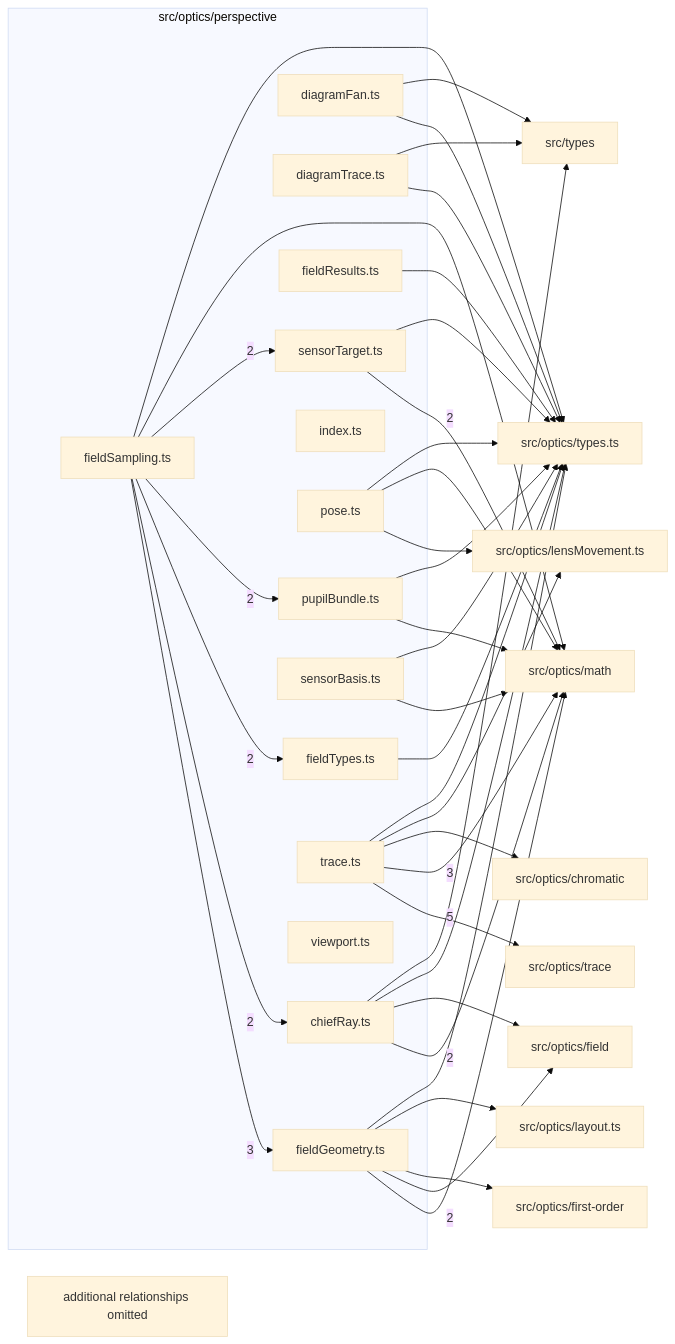
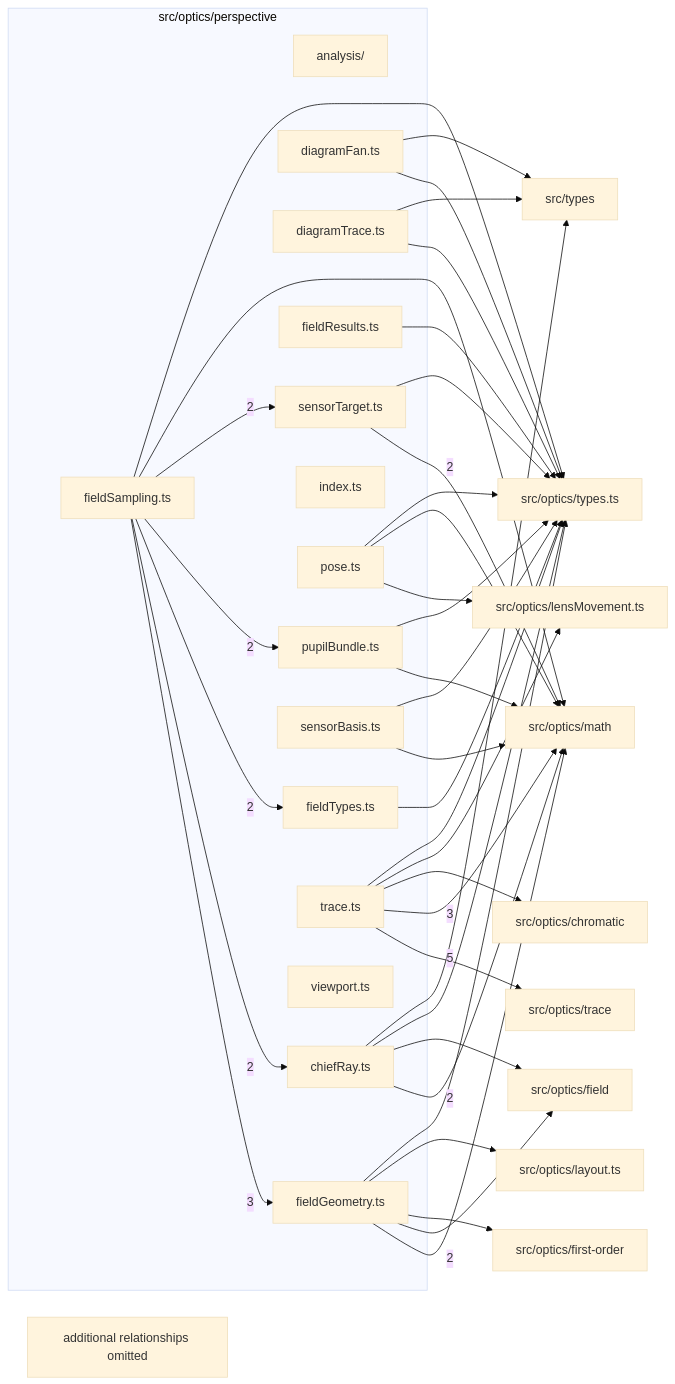
One commit to ronbuening/LensVisualizer changed the diagram in src/optics/perspective/readme.md. Above: the diagram before and after it, drawn with Mermaid (base theme). The commit also changed other lines of this file and 62 other files, not shown here.

````diff
--- a/src/optics/perspective/readme.md
+++ b/src/optics/perspective/readme.md
@@ -9,65 +9,66 @@
 ```mermaid
 flowchart LR
   subgraph n_src_optics_perspective["src/optics/perspective"]
+    n_src_optics_perspective_src_optics_perspective_analysis["analysis/"]
     n_src_optics_perspective_src_optics_perspective_chiefRay_ts["chiefRay.ts"]
     n_src_optics_perspective_src_optics_perspective_diagramFan_ts["diagramFan.ts"]
     n_src_optics_perspective_src_optics_perspective_diagramTrace_ts["diagramTrace.ts"]
     n_src_optics_perspective_src_optics_perspective_fieldGeometry_ts["fieldGeometry.ts"]
     n_src_optics_perspective_src_optics_perspective_fieldResults_ts["fieldResults.ts"]
     n_src_optics_perspective_src_optics_perspective_fieldSampling_ts["fieldSampling.ts"]
     n_src_optics_perspective_src_optics_perspective_fieldTypes_ts["fieldTypes.ts"]
     n_src_optics_perspective_src_optics_perspective_index_ts["index.ts"]
     n_src_optics_perspective_src_optics_perspective_pose_ts["pose.ts"]
     n_src_optics_perspective_src_optics_perspective_pupilBundle_ts["pupilBundle.ts"]
     n_src_optics_perspective_src_optics_perspective_sensorBasis_ts["sensorBasis.ts"]
     n_src_optics_perspective_src_optics_perspective_sensorTarget_ts["sensorTarget.ts"]
     n_src_optics_perspective_src_optics_perspective_trace_ts["trace.ts"]
     n_src_optics_perspective_src_optics_perspective_viewport_ts["viewport.ts"]
   end
   n_external_src_optics_trace["src/optics/trace"]
   n_external_src_optics_math["src/optics/math"]
   n_external_src_optics_chromatic["src/optics/chromatic"]
   n_external_src_optics_field["src/optics/field"]
   n_external_src_optics_first_order["src/optics/first-order"]
   n_external_src_optics_layout_ts["src/optics/layout.ts"]
   n_external_src_optics_lensMovement_ts["src/optics/lensMovement.ts"]
   n_external_src_optics_types_ts["src/optics/types.ts"]
   n_external_src_types["src/types"]
   n_src_optics_perspective_src_optics_perspective_trace_ts --> |5| n_external_src_optics_trace
   n_src_optics_perspective_src_optics_perspective_trace_ts --> |3| n_external_src_optics_math
   n_src_optics_perspective_src_optics_perspective_fieldSampling_ts --> |3| n_src_optics_perspective_src_optics_perspective_fieldGeometry_ts
   n_src_optics_perspective_src_optics_perspective_chiefRay_ts --> |2| n_external_src_optics_math
   n_src_optics_perspective_src_optics_perspective_fieldGeometry_ts --> |2| n_external_src_optics_math
   n_src_optics_perspective_src_optics_perspective_sensorTarget_ts --> |2| n_external_src_optics_math
   n_src_optics_perspective_src_optics_perspective_fieldSampling_ts --> |2| n_src_optics_perspective_src_optics_perspective_chiefRay_ts
   n_src_optics_perspective_src_optics_perspective_fieldSampling_ts --> |2| n_src_optics_perspective_src_optics_perspective_fieldTypes_ts
   n_src_optics_perspective_src_optics_perspective_fieldSampling_ts --> |2| n_src_optics_perspective_src_optics_perspective_pupilBundle_ts
   n_src_optics_perspective_src_optics_perspective_fieldSampling_ts --> |2| n_src_optics_perspective_src_optics_perspective_sensorTarget_ts
   n_src_optics_perspective_src_optics_perspective_trace_ts --> n_external_src_optics_chromatic
   n_src_optics_perspective_src_optics_perspective_chiefRay_ts --> n_external_src_optics_field
   n_src_optics_perspective_src_optics_perspective_fieldGeometry_ts --> n_external_src_optics_field
   n_src_optics_perspective_src_optics_perspective_fieldGeometry_ts --> n_external_src_optics_first_order
   n_src_optics_perspective_src_optics_perspective_fieldGeometry_ts --> n_external_src_optics_layout_ts
   n_src_optics_perspective_src_optics_perspective_pose_ts --> n_external_src_optics_lensMovement_ts
   n_src_optics_perspective_src_optics_perspective_trace_ts --> n_external_src_optics_lensMovement_ts
   n_src_optics_perspective_src_optics_perspective_fieldSampling_ts --> n_external_src_optics_math
   n_src_optics_perspective_src_optics_perspective_pose_ts --> n_external_src_optics_math
   n_src_optics_perspective_src_optics_perspective_pupilBundle_ts --> n_external_src_optics_math
   n_src_optics_perspective_src_optics_perspective_sensorBasis_ts --> n_external_src_optics_math
   n_src_optics_perspective_src_optics_perspective_chiefRay_ts --> n_external_src_optics_types_ts
   n_src_optics_perspective_src_optics_perspective_diagramFan_ts --> n_external_src_optics_types_ts
   n_src_optics_perspective_src_optics_perspective_diagramTrace_ts --> n_external_src_optics_types_ts
   n_src_optics_perspective_src_optics_perspective_fieldGeometry_ts --> n_external_src_optics_types_ts
   n_src_optics_perspective_src_optics_perspective_fieldResults_ts --> n_external_src_optics_types_ts
   n_src_optics_perspective_src_optics_perspective_fieldSampling_ts --> n_external_src_optics_types_ts
   n_src_optics_perspective_src_optics_perspective_fieldTypes_ts --> n_external_src_optics_types_ts
   n_src_optics_perspective_src_optics_perspective_pose_ts --> n_external_src_optics_types_ts
   n_src_optics_perspective_src_optics_perspective_pupilBundle_ts --> n_external_src_optics_types_ts
   n_src_optics_perspective_src_optics_perspective_sensorBasis_ts --> n_external_src_optics_types_ts
   n_src_optics_perspective_src_optics_perspective_sensorTarget_ts --> n_external_src_optics_types_ts
   n_src_optics_perspective_src_optics_perspective_trace_ts --> n_external_src_optics_types_ts
   n_src_optics_perspective_src_optics_perspective_chiefRay_ts --> n_external_src_types
   n_src_optics_perspective_src_optics_perspective_diagramFan_ts --> n_external_src_types
   n_src_optics_perspective_src_optics_perspective_diagramTrace_ts --> n_external_src_types
   n_src_optics_perspective_truncated["additional relationships omitted"]
 ```
````
